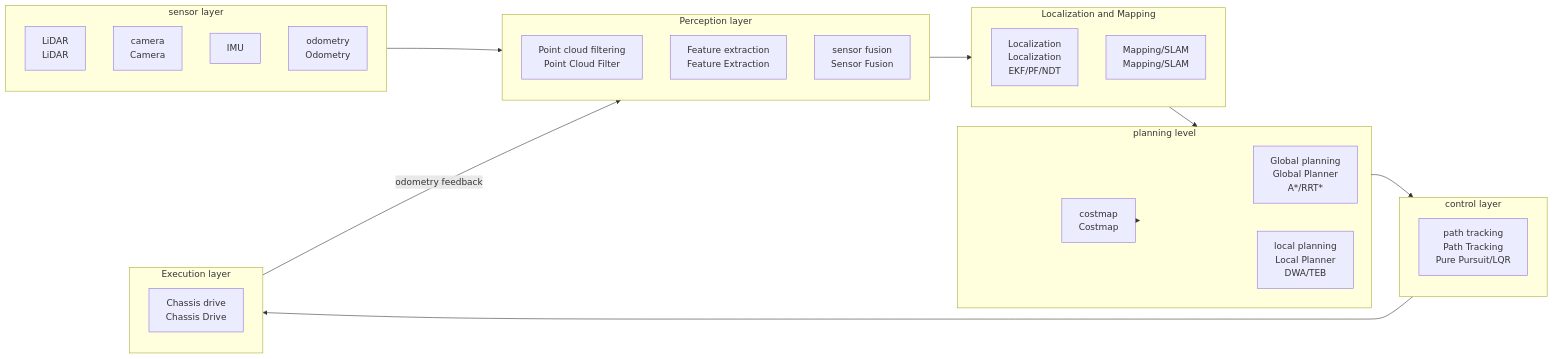
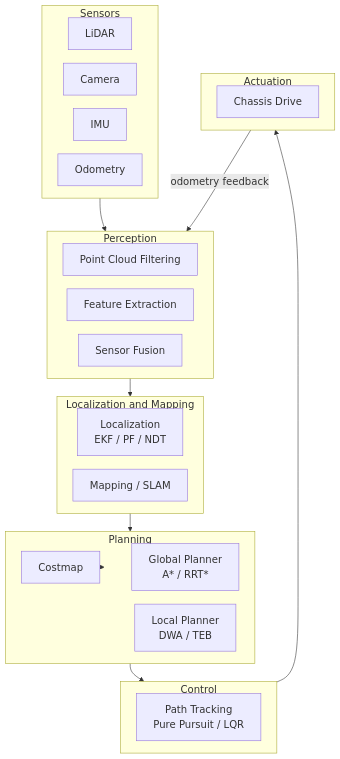
Before and after one commit to TingdeLiu/tingdeliu.github.io: the first of 18 diagrams in _translations/en/research/Robot-Navigation-Survey.md, drawn with Mermaid. The commit also changed other lines of this file, not shown here.

Commit message:
Improve English robot navigation overview diagrams

````diff
--- a/_translations/en/research/Robot-Navigation-Survey.md
+++ b/_translations/en/research/Robot-Navigation-Survey.md
@@ -45,42 +45,47 @@
 ```mermaid
-flowchart LR
-    subgraph Sensors["sensor layer"]
-        L["LiDAR\nLiDAR"]
-        C["camera\nCamera"]
+%%{init: {'themeVariables': {'fontSize': '18px'}, 'flowchart': {'nodeSpacing': 24, 'rankSpacing': 32}}}%%
+flowchart TB
+    subgraph Sensors["Sensors"]
+        direction LR
+        L["LiDAR"]
+        C["Camera"]
         I["IMU"]
-        O["odometry \nOdometry"]
+        O["Odometry"]
     end
 
-    subgraph Perception["Perception layer"]
-        PF["Point cloud filtering\nPoint Cloud Filter"]
-        FE["Feature extraction\nFeature Extraction"]
-        SF["sensor fusion\nSensor Fusion"]
+    subgraph Perception["Perception"]
+        direction LR
+        PF["Point Cloud Filtering"]
+        FE["Feature Extraction"]
+        SF["Sensor Fusion"]
     end
 
     subgraph LocalizationMapping["Localization and Mapping"]
-        LOC["Localization\nLocalization\nEKF/PF/NDT"]
-        MAP["Mapping/SLAM\nMapping/SLAM"]
+        direction LR
+        LOC["Localization<br/>EKF / PF / NDT"]
+        MAP["Mapping / SLAM"]
     end
 
-    subgraph Planning["planning level"]
-        GP["Global planning\nGlobal Planner\nA*/RRT*"]
-        LP["local planning\nLocal Planner\nDWA/TEB"]
-        CM["costmap \nCostmap"]
+    subgraph Planning["Planning"]
+        direction LR
+        GP["Global Planner<br/>A* / RRT*"]
+        LP["Local Planner<br/>DWA / TEB"]
+        CM["Costmap"]
     end
 
-    subgraph Control["control layer"]
-        PT["path tracking \nPath Tracking\nPure Pursuit/LQR"]
+    subgraph Control["Control"]
+        PT["Path Tracking<br/>Pure Pursuit / LQR"]
     end
 
-    subgraph Actuator["Execution layer"]
-        ACT["Chassis drive\nChassis Drive"]
+    subgraph Actuator["Actuation"]
+        ACT["Chassis Drive"]
     end
 
     Sensors --> Perception
     Perception --> LocalizationMapping
     LocalizationMapping --> Planning
     CM --> Planning
     Planning --> Control
     Control --> Actuator
     Actuator -->|odometry feedback| Perception
 ```
````
